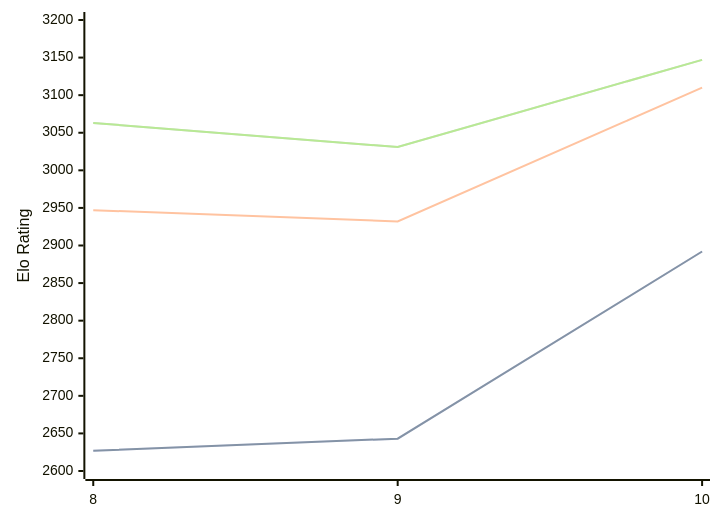
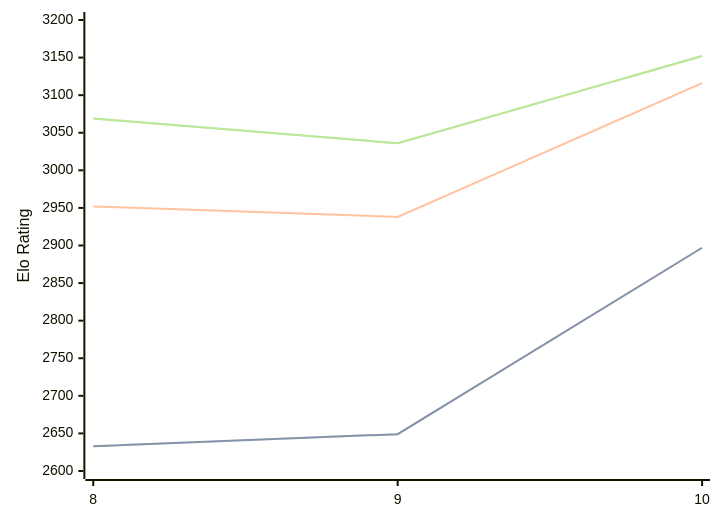
Before and after one commit to computer-chess-index/cci: the diagram in engines/Lozza.md, drawn with Mermaid. The commit also changed other lines of this file, not shown here.

Commit message:
Update CCI Ratings (ELO VLTC) - 2026-04-14

````diff
--- a/engines/Lozza.md
+++ b/engines/Lozza.md
@@ -41,11 +41,11 @@
 ```mermaid
 %%{init: {"theme":"base","themeVariables":{"seriesColors:['#a3a3a3','#222221','#faa371']}}}%%
 xychart-beta
   x-axis ["8", "9", "10"]
   y-axis "Elo Rating" 2600 --> 3200
-  line "STC (8.0+0.08s)" [2627, 2643, 2892]
-  line "STC (8.0+0.08s)" [2627, 2643, 2892]
-  line "LTC (60.0+0.60s)" [2947, 2932, 3110]
-  line "VLTC (2m24s+1.12s)" [3063, 3031, 3147]
-  line "VLTC (2m24s+1.12s)" [3063, 3031, 3147]
+  line "STC (8.0+0.08s)" [2633, 2649, 2897]
+  line "STC (8.0+0.08s)" [2633, 2649, 2897]
+  line "LTC (60.0+0.60s)" [2952, 2938, 3116]
+  line "VLTC (2m24s+1.12s)" [3069, 3036, 3152]
+  line "VLTC (2m24s+1.12s)" [3069, 3036, 3152]
 ```
````
